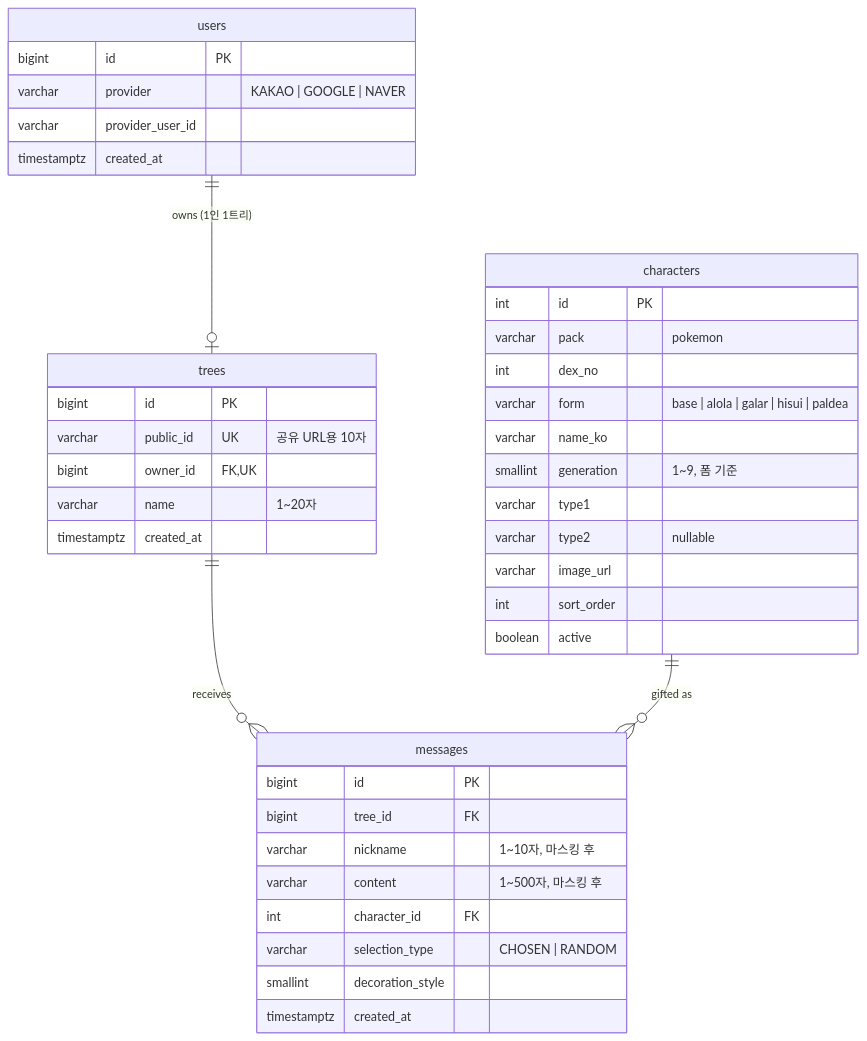
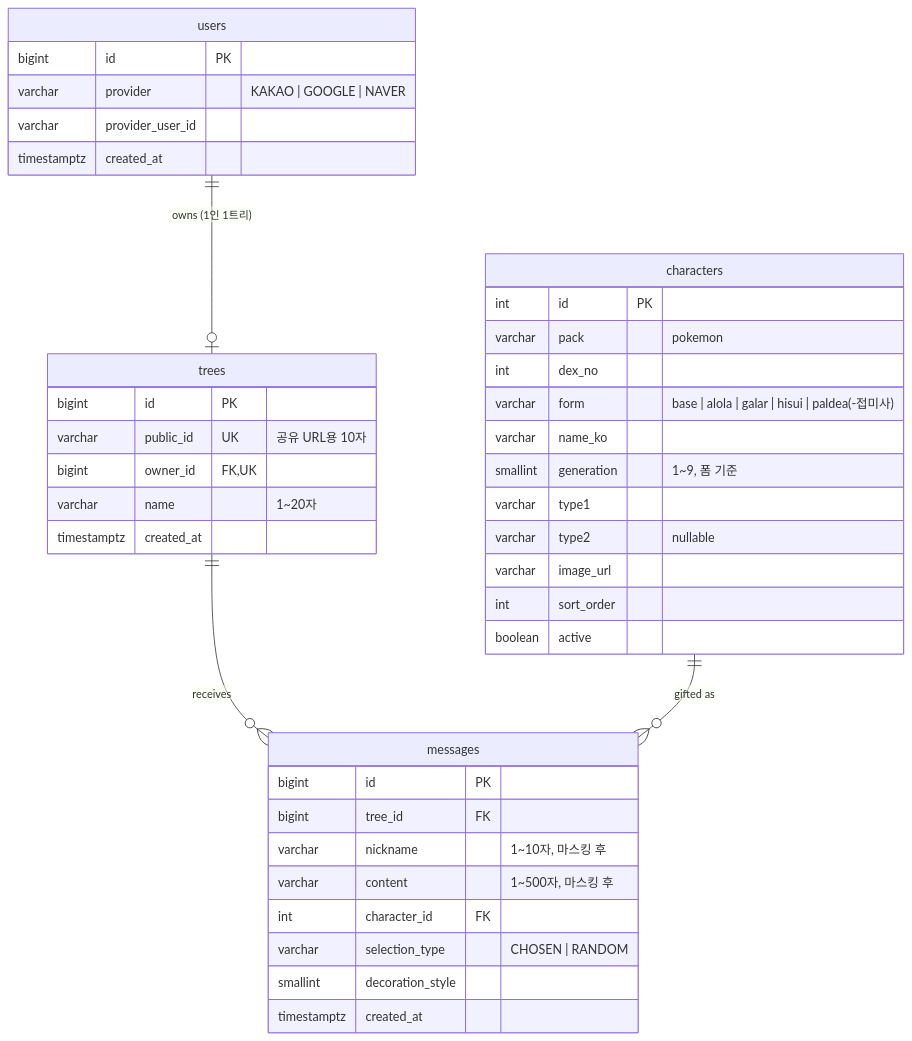
One commit to Pevelovers/poke-letter changed the diagram in docs/product/erd.md. Above: the diagram before and after it, drawn with Mermaid. The commit also changed other lines of this file, not shown here.

First line of the commit message:
docs(docs): ERD에 캐릭터 id 규칙과 폼 접미사 반영

````diff
--- a/docs/product/erd.md
+++ b/docs/product/erd.md
@@ -8,43 +8,43 @@
 ```mermaid
 erDiagram
     users ||--o| trees : "owns (1인 1트리)"
     trees ||--o{ messages : "receives"
     characters ||--o{ messages : "gifted as"
 
     users {
         bigint id PK
         varchar provider "KAKAO | GOOGLE | NAVER"
         varchar provider_user_id
         timestamptz created_at
     }
     trees {
         bigint id PK
         varchar public_id UK "공유 URL용 10자"
         bigint owner_id FK,UK
         varchar name "1~20자"
         timestamptz created_at
     }
     messages {
         bigint id PK
         bigint tree_id FK
         varchar nickname "1~10자, 마스킹 후"
         varchar content "1~500자, 마스킹 후"
         int character_id FK
         varchar selection_type "CHOSEN | RANDOM"
         smallint decoration_style
         timestamptz created_at
     }
     characters {
         int id PK
         varchar pack "pokemon"
         int dex_no
-        varchar form "base | alola | galar | hisui | paldea"
+        varchar form "base | alola | galar | hisui | paldea(-접미사)"
         varchar name_ko
         smallint generation "1~9, 폼 기준"
         varchar type1
         varchar type2 "nullable"
         varchar image_url
         int sort_order
         boolean active
     }
 ```
````
